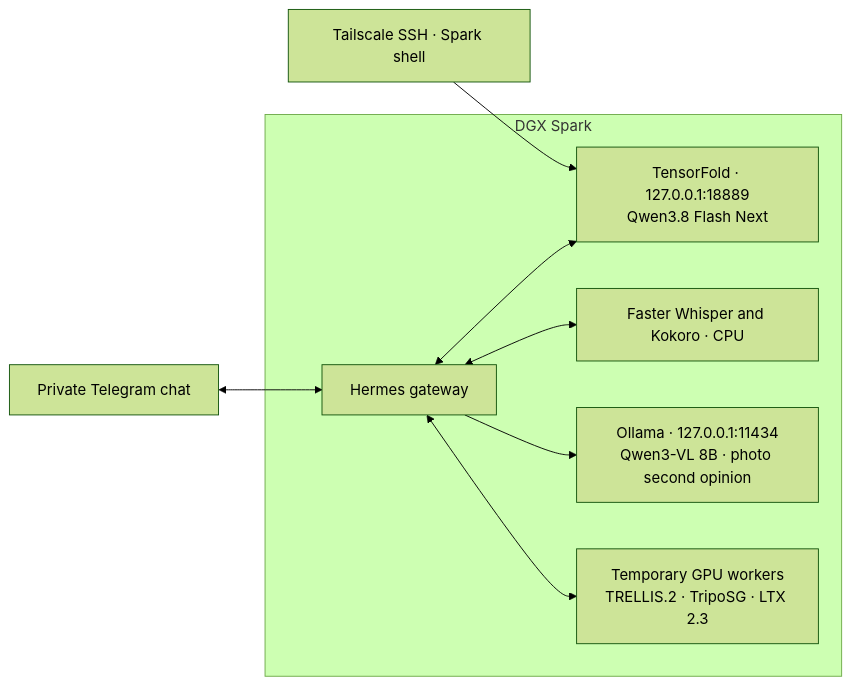
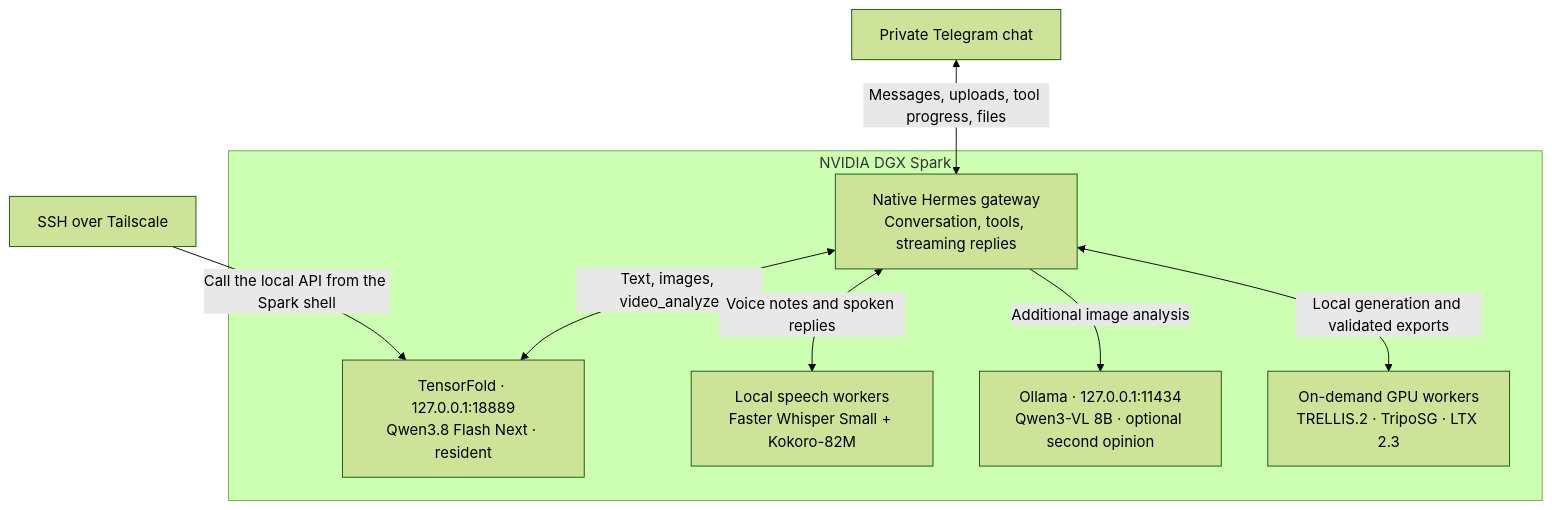
One commit to outsmartchad/dgx-spark-setup changed the diagram in README.md. Above: the diagram before and after it, drawn with Mermaid (forest theme). The commit also changed other lines of this file and 1 other file, not shown here.

Commit message:
Explain the complete multimodal Spark architecture

````diff
--- a/README.md
+++ b/README.md
@@ -5,11 +11,18 @@
 ```mermaid
-flowchart LR
-    Telegram["Private Telegram chat"] <--> Hermes
-    Shell["Tailscale SSH · Spark shell"] --> TensorFold
-    subgraph Spark["DGX Spark"]
-        Hermes["Hermes gateway"] <--> TensorFold["TensorFold · 127.0.0.1:18889\nQwen3.8 Flash Next"]
-        Hermes <--> Speech["Faster Whisper and Kokoro · CPU"]
-        Hermes --> Ollama["Ollama · 127.0.0.1:11434\nQwen3-VL 8B · photo second opinion"]
-        Hermes <--> Workers["Temporary GPU workers\nTRELLIS.2 · TripoSG · LTX 2.3"]
+flowchart TD
+    Telegram["Private Telegram chat"]
+    Shell["SSH over Tailscale"]
+    subgraph Spark["NVIDIA DGX Spark"]
+        Gateway["Native Hermes gateway<br/>Conversation, tools, streaming replies"]
+        Engine["TensorFold · 127.0.0.1:18889<br/>Qwen3.8 Flash Next · resident"]
+        Speech["Local speech workers<br/>Faster Whisper Small + Kokoro-82M"]
+        Vision["Ollama · 127.0.0.1:11434<br/>Qwen3-VL 8B · optional second opinion"]
+        Media["On-demand GPU workers<br/>TRELLIS.2 · TripoSG · LTX 2.3"]
+        Gateway <-->|"Text, images, video_analyze"| Engine
+        Gateway <-->|"Voice notes and spoken replies"| Speech
+        Gateway -->|"Additional image analysis"| Vision
+        Gateway <-->|"Local generation and validated exports"| Media
     end
+    Telegram <-->|"Messages, uploads, tool progress, files"| Gateway
+    Shell -->|"Call the local API from the Spark shell"| Engine
 ```
````
